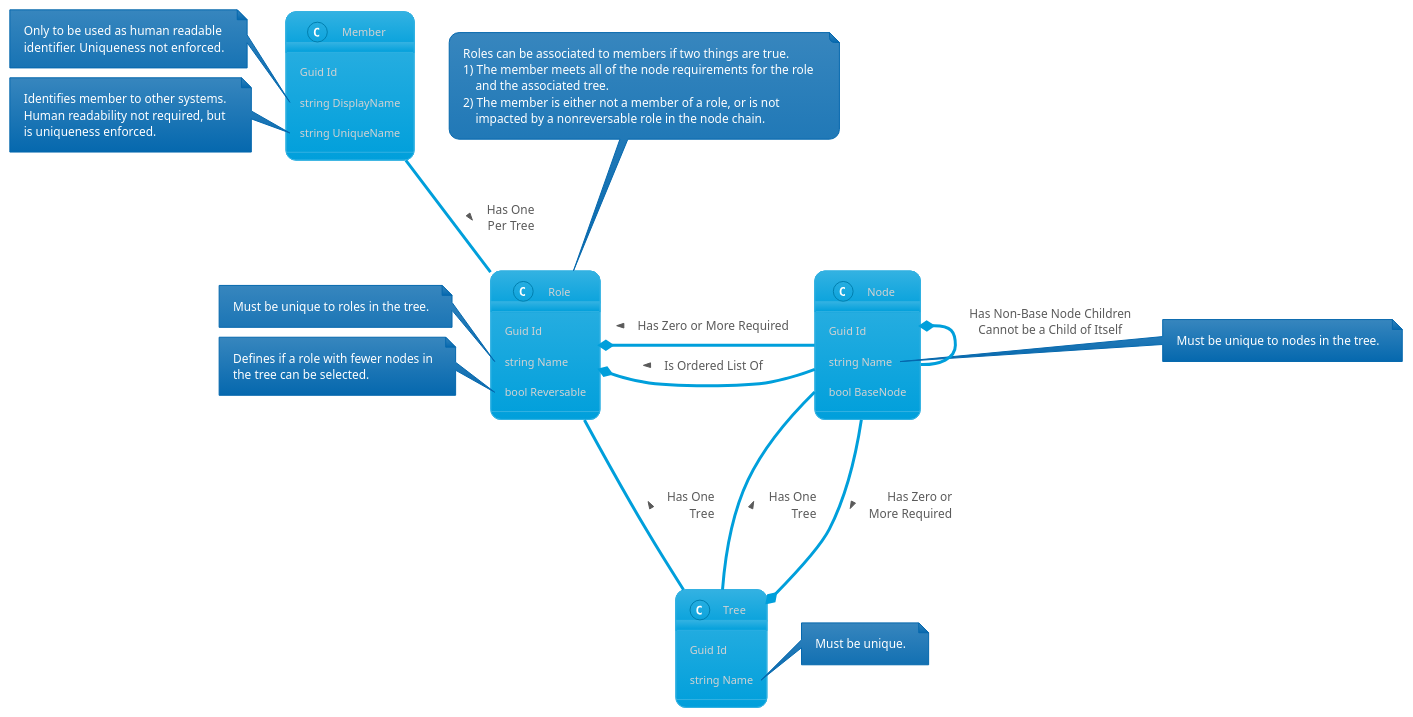
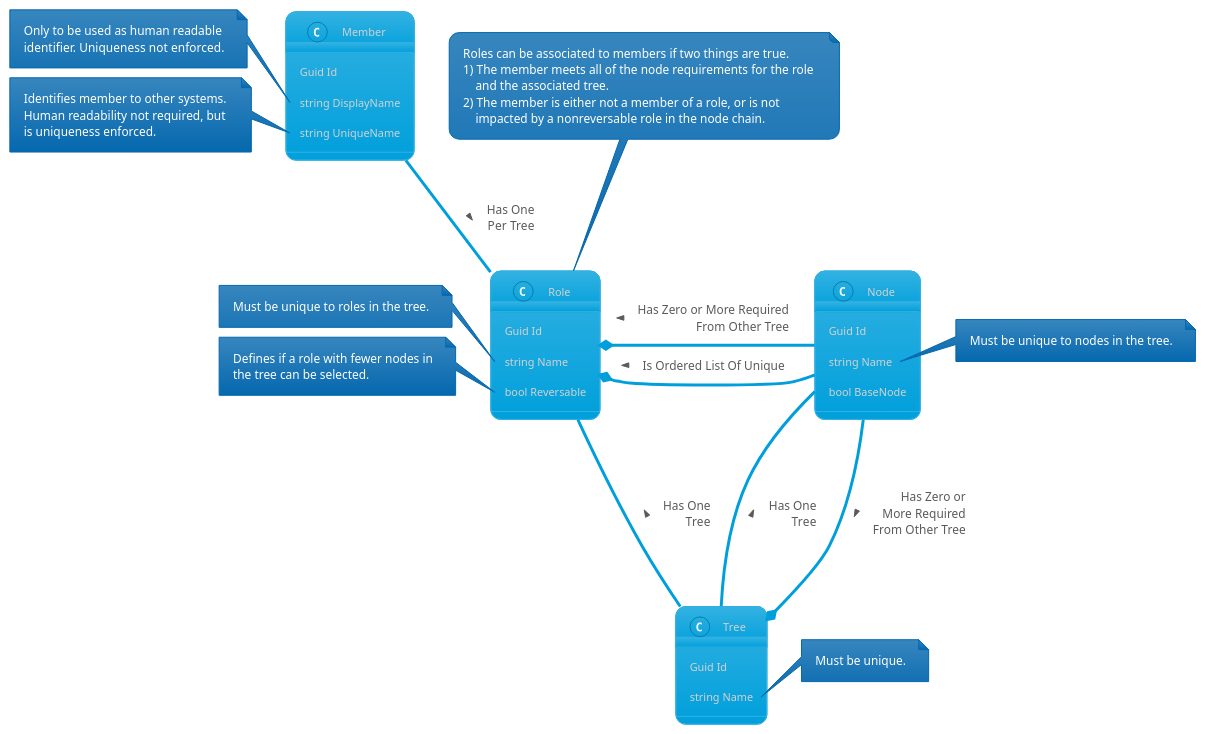
Before and after one commit to rtranchilla/RoleManagement: the diagram in docs/RoleDomainModelMap.pu, drawn with PlantUML. The commit also changed 18 other files, not shown here.

```diff
--- a/docs/RoleDomainModelMap.pu
+++ b/docs/RoleDomainModelMap.pu
@@ -1,65 +1,64 @@
 @startuml Role Domain Model Map
 !theme bluegray
 class Member {
   Guid Id
   string DisplayName
   string UniqueName
 }
 
 note left of Member::DisplayName
   Only to be used as human readable
   identifier. Uniqueness not enforced.
 end note
 note left of Member::UniqueName
   Identifies member to other systems.
   Human readability not required, but 
   is uniqueness enforced. 
 end note
 
 class Node {
   Guid Id
   string Name
   bool BaseNode
 }
 note right of Node::Name
   Must be unique to nodes in the tree.
 end note
 
 class Role {
   Guid Id
   string Name
   bool Reversable
 }
 
 note top of Role
   Roles can be associated to members if two things are true.
   1) The member meets all of the node requirements for the role 
       and the associated tree.
   2) The member is either not a member of a role, or is not 
       impacted by a nonreversable role in the node chain. 
 end note
 note left of Role::Name
   Must be unique to roles in the tree.
 end note
 note left of Role::Reversable
   Defines if a role with fewer nodes in
   the tree can be selected.
 end note
 
 class Tree {
   Guid Id
   string Name
 }
 note right of Tree::Name
   Must be unique.
 end note
 
-Node *- Node : Has Non-Base Node Children\nCannot be a Child of Itself\n\n\n
-Role *- Node : Is Ordered List Of <
+Role *- Node : Is Ordered List Of Unique <
 Role --- Tree : Has One\rTree <
 Node --- Tree : Has One\rTree <
 Member == Role : Has One\rPer Tree >
-Tree *-- Node : Has Zero or\rMore Required <
-Role *-- Node : Has Zero or More Required <
+Tree *-- Node : Has Zero or\rMore Required\rFrom Other Tree <
+Role *-- Node : Has Zero or More Required\rFrom Other Tree <
 
 @enduml
```
